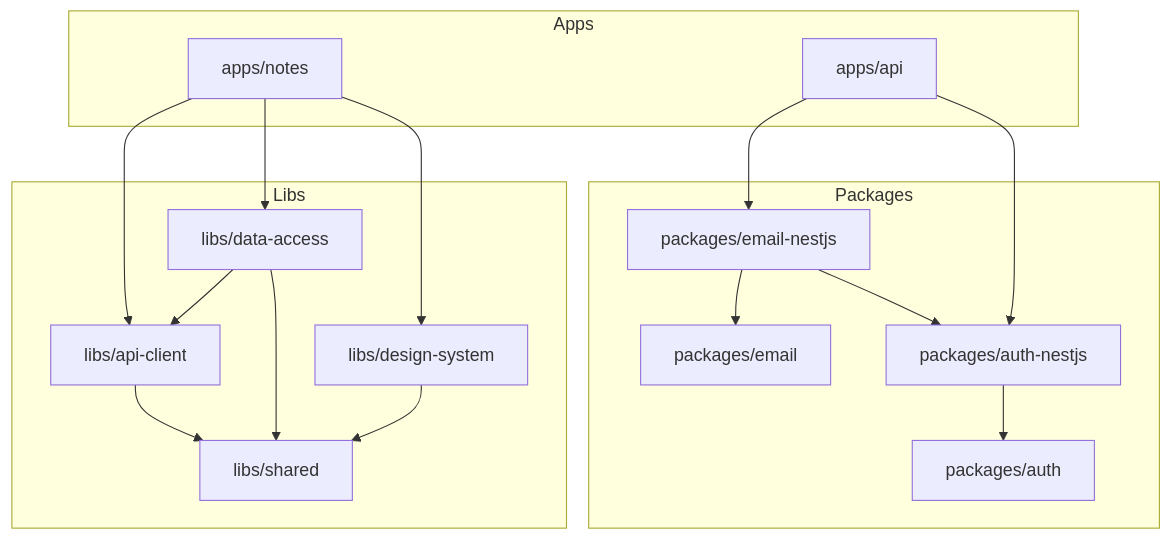
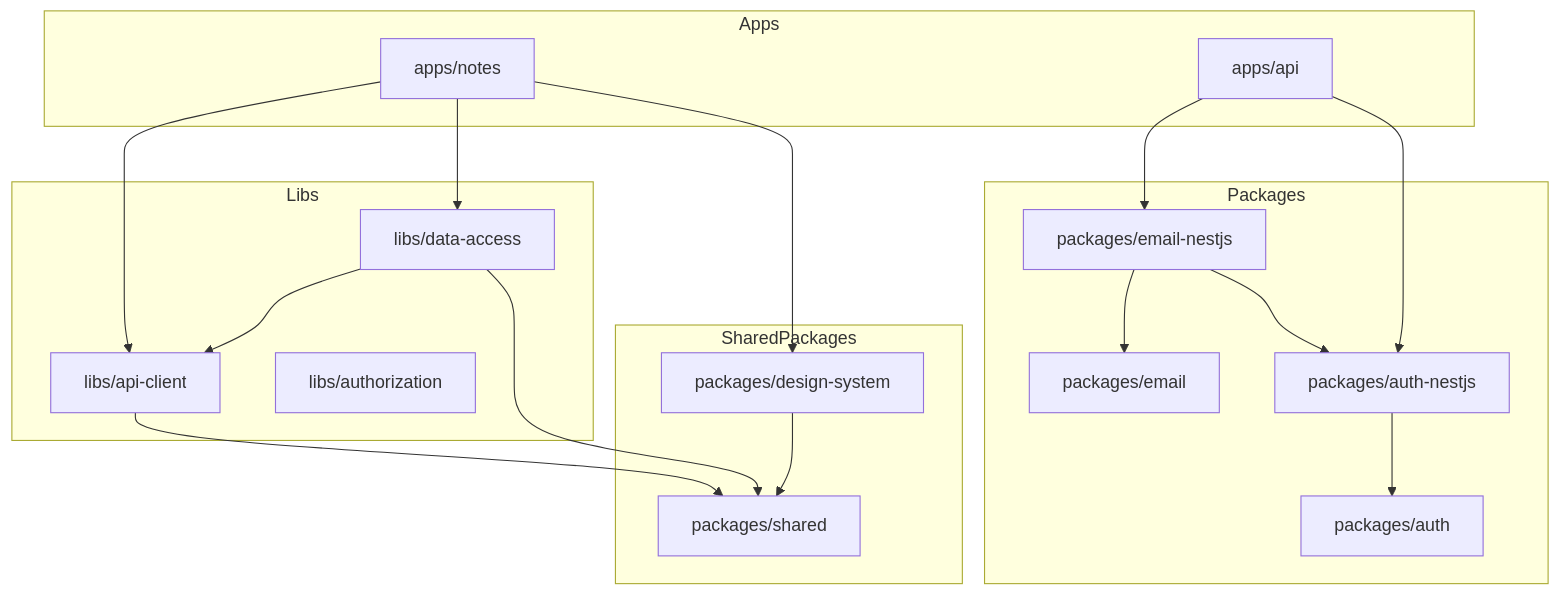
Before and after one commit to jovandyaz/knowtis-app: the diagram in README.md, drawn with Mermaid. The commit also changed 122 other files, not shown here.

Commit message:
refactor(workspace): move design-system and shared libs from libs/ to packages/

````diff
--- a/README.md
+++ b/README.md
@@ -278,35 +278,39 @@
 ```mermaid
 graph TD
     subgraph Apps
         Notes[apps/notes]
         API[apps/api]
     end
 
     subgraph Libs
         ApiClient[libs/api-client]
         DataAccess[libs/data-access]
-        DesignSystem[libs/design-system]
-        Shared[libs/shared]
+        Authorization[libs/authorization]
+    end
+
+    subgraph SharedPackages
+        DesignSystem[packages/design-system]
+        Shared[packages/shared]
     end
 
     Notes --> ApiClient
     Notes --> DataAccess
     Notes --> DesignSystem
     ApiClient --> Shared
     DataAccess --> ApiClient
     DataAccess --> Shared
     DesignSystem --> Shared
 
     subgraph Packages
         Email[packages/email]
         EmailNestjs[packages/email-nestjs]
         Auth[packages/auth]
         AuthNestjs[packages/auth-nestjs]
     end
 
     API --> EmailNestjs
     API --> AuthNestjs
     EmailNestjs --> Email
     EmailNestjs --> AuthNestjs
     AuthNestjs --> Auth
 ```
````
